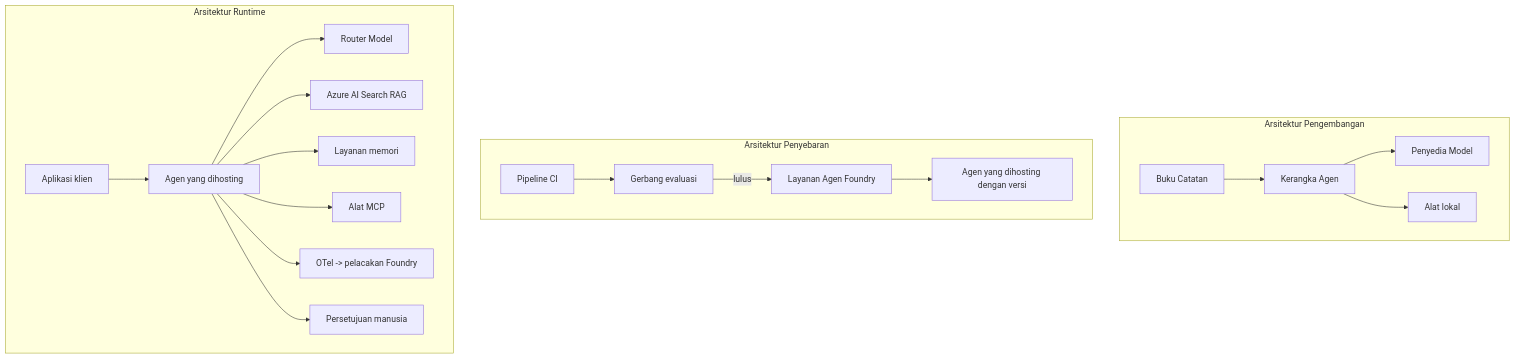
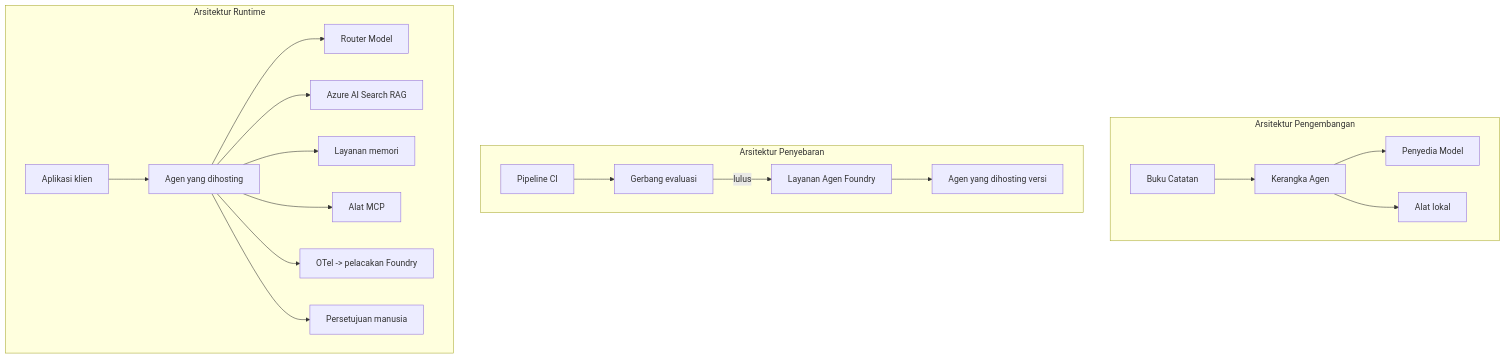
One commit to microsoft/ai-agents-for-beginners changed the fourth of 4 diagrams in translations/id/16-deploying-scalable-agents/README.md. Above: the diagram before and after it, drawn with Mermaid. The commit also changed other lines of this file and 46 other files, not shown here.

````diff
--- a/translations/id/16-deploying-scalable-agents/README.md
+++ b/translations/id/16-deploying-scalable-agents/README.md
@@ -185,22 +185,22 @@
 ```mermaid
 flowchart TB
     subgraph Dev[Arsitektur Pengembangan]
         D1[Buku Catatan] --> D2[Kerangka Agen]
         D2 --> D3[Penyedia Model]
         D2 --> D4[Alat lokal]
     end
     subgraph Deploy[Arsitektur Penyebaran]
         E1[Pipeline CI] --> E2[Gerbang evaluasi]
         E2 -->|lulus| E3[Layanan Agen Foundry]
-        E3 --> E4[Agen yang dihosting dengan versi]
+        E3 --> E4[Agen yang dihosting versi]
     end
     subgraph Run[Arsitektur Runtime]
         F1[Aplikasi klien] --> F2[Agen yang dihosting]
         F2 --> F3[Router Model]
         F2 --> F4[Azure AI Search RAG]
         F2 --> F5[Layanan memori]
         F2 --> F6[Alat MCP]
         F2 --> F7[OTel -> pelacakan Foundry]
         F2 --> F8[Persetujuan manusia]
     end
 ```
````
